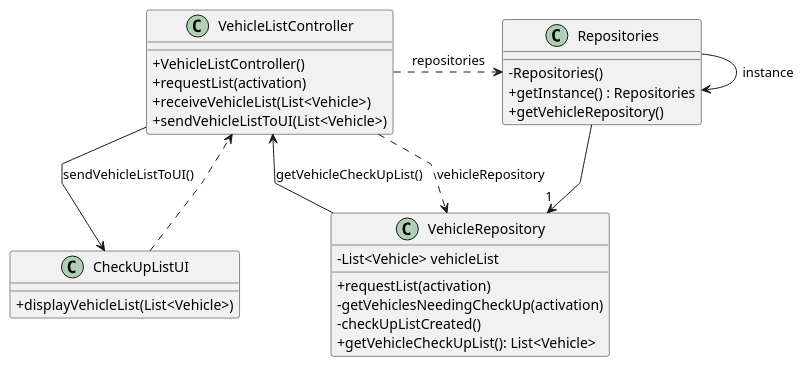
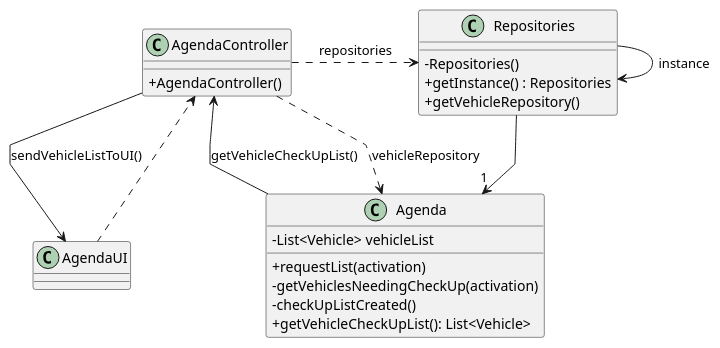
One commit to SAEmanuel/Green_Spaces_Management_ISEP changed the diagram in docs/sprintC/us022/03.design/puml/us022-class-diagram.puml. Above: the diagram before and after it, drawn with PlantUML.

Commit message:
US022 - class diagram v3.0.0

```diff
--- a/docs/sprintC/us022/03.design/puml/us022-class-diagram.puml
+++ b/docs/sprintC/us022/03.design/puml/us022-class-diagram.puml
@@ -1,43 +1,40 @@
 @startuml
 'skinparam monochrome true
 skinparam packageStyle rectangle
 skinparam shadowing false
 skinparam linetype polyline
 'skinparam linetype orto
 skinparam classAttributeIconSize 0
 'left to right direction
 
-class VehicleRepository {
+class Agenda {
     - List<Vehicle> vehicleList
     + requestList(activation)
     - getVehiclesNeedingCheckUp(activation)
     - checkUpListCreated()
     + getVehicleCheckUpList(): List<Vehicle>
 }
 
 class Repositories {
     - Repositories()
     + getInstance() : Repositories
     + getVehicleRepository()
 }
 
-class VehicleListController {
-    + VehicleListController()
-    + requestList(activation)
-    + receiveVehicleList(List<Vehicle>)
-    + sendVehicleListToUI(List<Vehicle>)
+class AgendaController {
+    + AgendaController()
+
 }
 
-class CheckUpListUI {
-    + displayVehicleList(List<Vehicle>)
+class AgendaUI {
 }
 
-CheckUpListUI ..> VehicleListController
+AgendaUI ..> AgendaController
 
-VehicleListController --> CheckUpListUI : sendVehicleListToUI()
-VehicleListController .> Repositories : repositories
-Repositories  --> "1 " VehicleRepository
+AgendaController --> AgendaUI : sendVehicleListToUI()
+AgendaController .> Repositories : repositories
+Repositories  --> "1 " Agenda
 Repositories -> Repositories : instance
-VehicleListController ..>  VehicleRepository : vehicleRepository
-VehicleRepository -> VehicleListController : getVehicleCheckUpList()
+AgendaController ..>  Agenda : vehicleRepository
+Agenda -> AgendaController : getVehicleCheckUpList()
 @enduml
```
